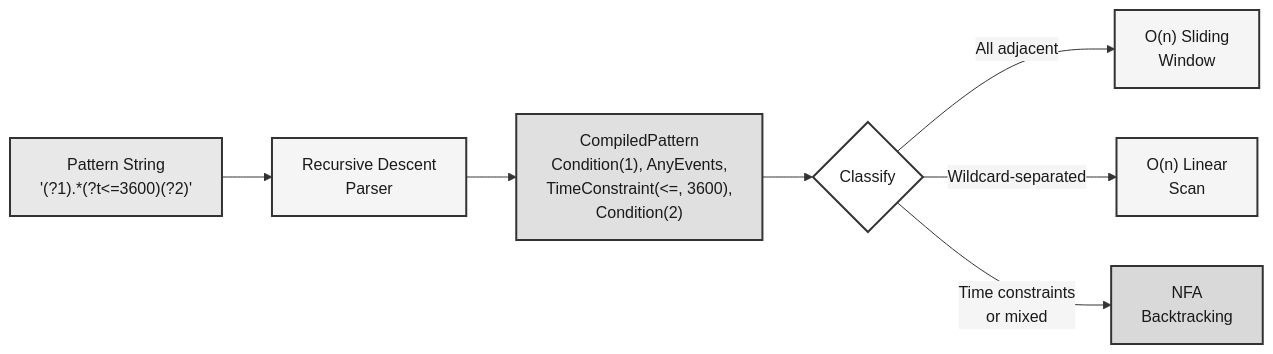
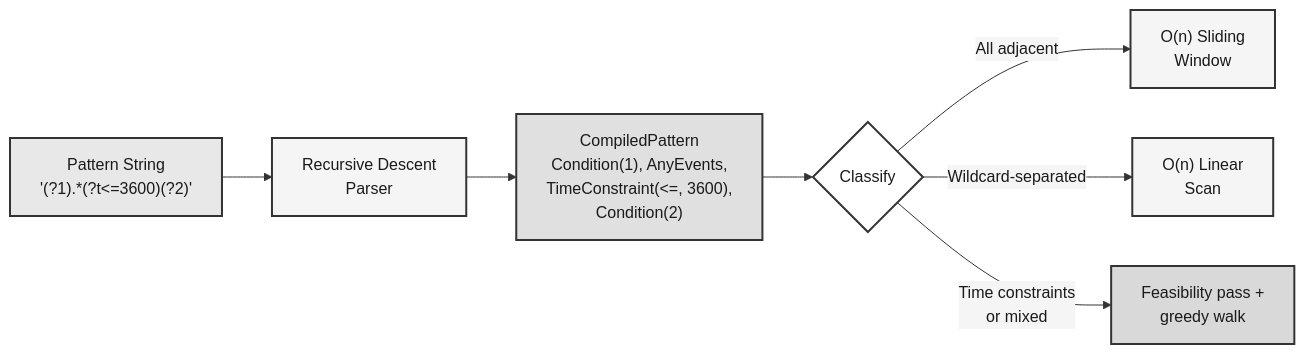
One commit to tomtom215/duckdb-behavioral changed the fourth of 4 diagrams in docs/src/engineering.md. Above: the diagram before and after it, drawn with Mermaid. The commit also changed other lines of this file and 28 other files, not shown here.

````diff
--- a/docs/src/engineering.md
+++ b/docs/src/engineering.md
@@ -403,18 +404,18 @@
 ```mermaid
 %%{init: {'theme': 'base', 'themeVariables': {'primaryColor': '#ffffff', 'primaryTextColor': '#1a1a1a', 'primaryBorderColor': '#333333', 'lineColor': '#333333', 'secondaryColor': '#f5f5f5', 'tertiaryColor': '#e0e0e0', 'textColor': '#1a1a1a'}}}%%
 flowchart LR
     SQL["Pattern String<br/>'(?1).*(?t<=3600)(?2)'"] --> PARSE["Recursive Descent<br/>Parser"]
     PARSE --> STEPS["CompiledPattern<br/>Condition(1), AnyEvents,<br/>TimeConstraint(<=, 3600),<br/>Condition(2)"]
     STEPS --> CLASS{Classify}
     CLASS -->|"All adjacent"| FAST1["O(n) Sliding<br/>Window"]
     CLASS -->|"Wildcard-separated"| FAST2["O(n) Linear<br/>Scan"]
-    CLASS -->|"Time constraints<br/>or mixed"| NFA["NFA<br/>Backtracking"]
+    CLASS -->|"Time constraints<br/>or mixed"| NFA["Feasibility pass +<br/>greedy walk"]
 
     style SQL fill:#e8e8e8,stroke:#333333,stroke-width:2px,color:#1a1a1a
     style PARSE fill:#f5f5f5,stroke:#333333,stroke-width:2px,color:#1a1a1a
     style STEPS fill:#e0e0e0,stroke:#333333,stroke-width:2px,color:#1a1a1a
     style CLASS fill:#ffffff,stroke:#333333,stroke-width:2px,color:#1a1a1a
     style FAST1 fill:#f5f5f5,stroke:#333333,stroke-width:2px,color:#1a1a1a
     style FAST2 fill:#f5f5f5,stroke:#333333,stroke-width:2px,color:#1a1a1a
     style NFA fill:#d9d9d9,stroke:#333333,stroke-width:2px,color:#1a1a1a
 ```
````
